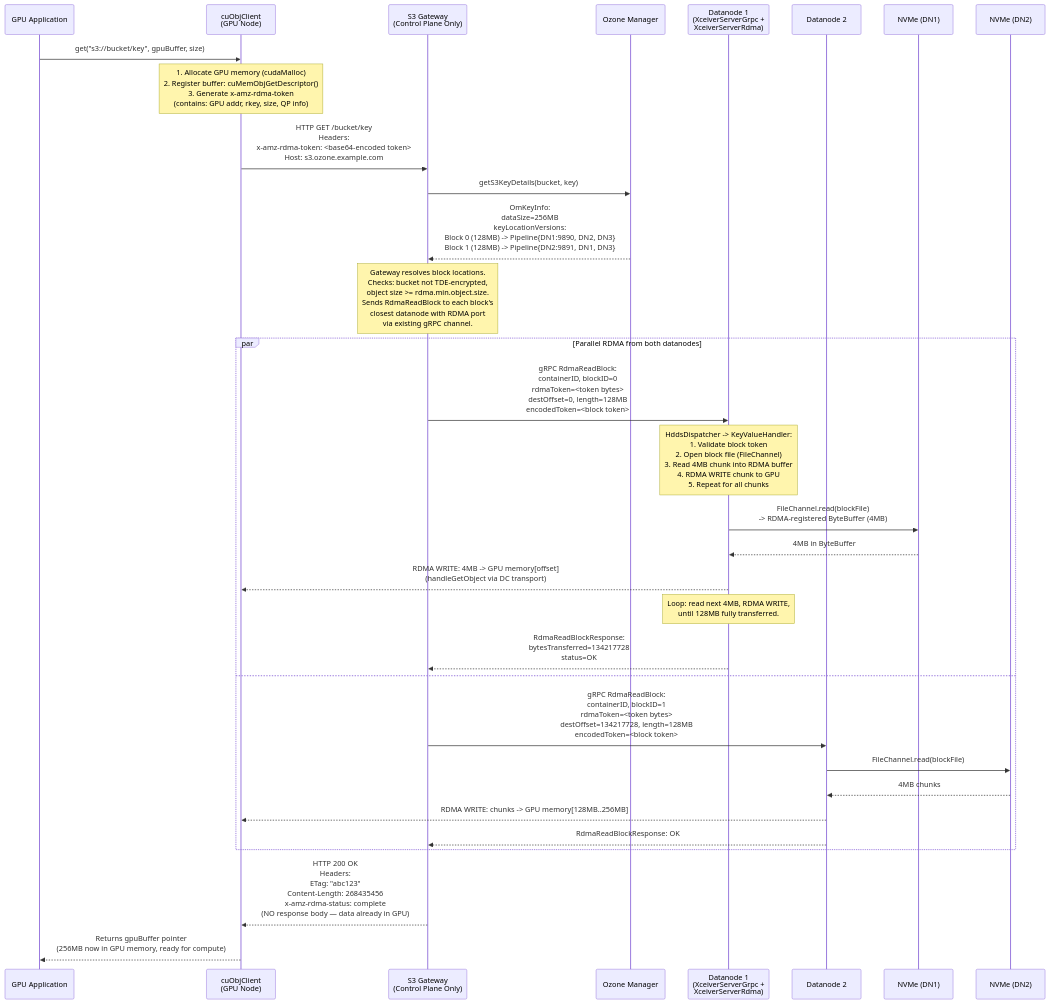
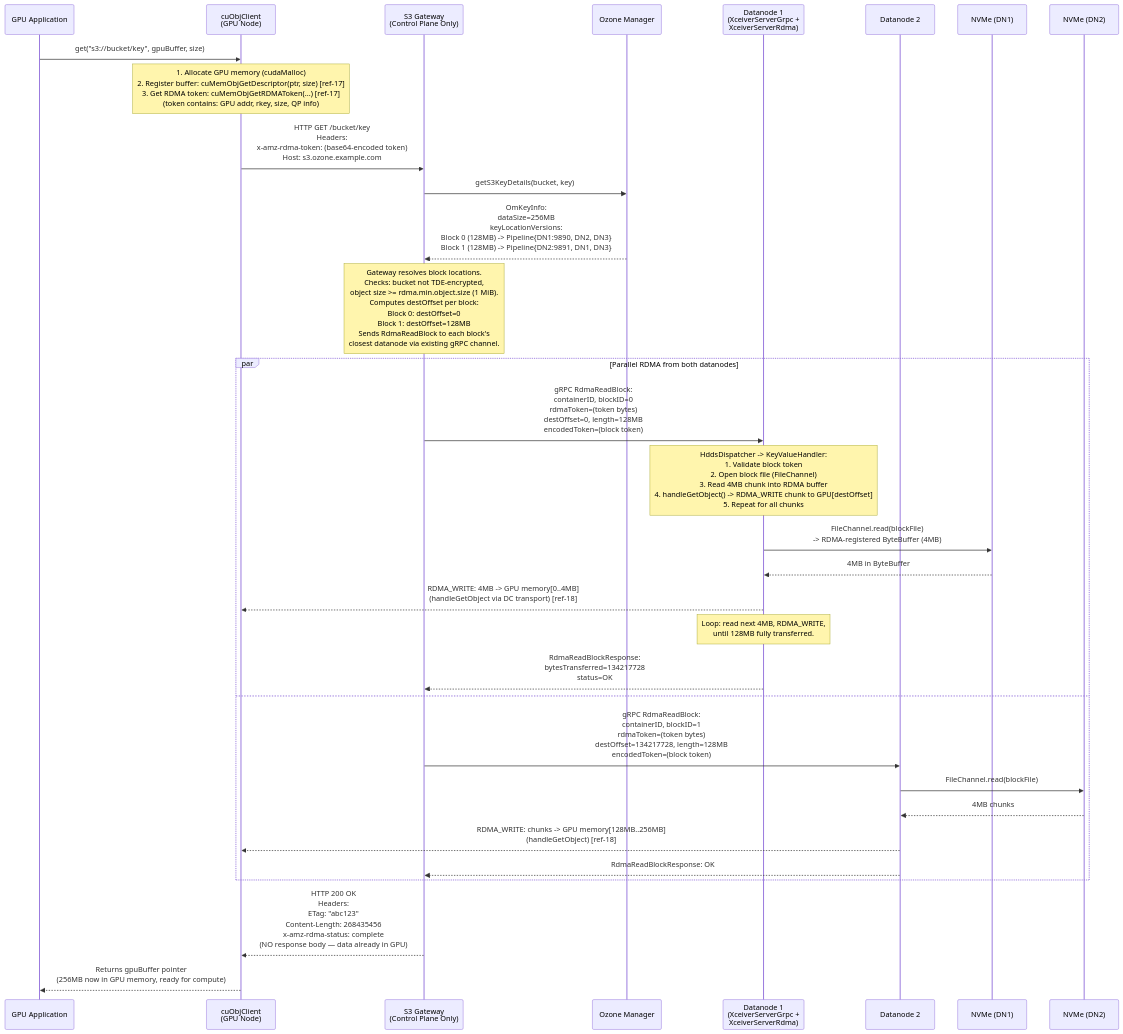
Before and after one commit to ptlrs/ozone: the fourth of 17 diagrams in docs/gds-dn-direct-rdma-implementation-spec.md, drawn with Mermaid. The commit also changed other lines of this file, not shown here.

Commit message:
GPUDIRECT. Update GPUDirect Storage spec to version 3.0 with phased S3 GET RDMA integration details

````diff
--- a/docs/gds-dn-direct-rdma-implementation-spec.md
+++ b/docs/gds-dn-direct-rdma-implementation-spec.md
@@ -259,36 +300,40 @@
 ```mermaid
 sequenceDiagram
   participant App as GPU Application
   participant cuObj as cuObjClient<br/>(GPU Node)
   participant GW as S3 Gateway<br/>(Control Plane Only)
   participant OM as Ozone Manager
   participant DN1 as Datanode 1<br/>(XceiverServerGrpc +<br/>XceiverServerRdma)
   participant DN2 as Datanode 2
   participant Disk1 as NVMe (DN1)
   participant Disk2 as NVMe (DN2)
+
   App ->> cuObj: get("s3://bucket/key", gpuBuffer, size)
-  Note over cuObj: 1. Allocate GPU memory (cudaMalloc)<br/>2. Register buffer: cuMemObjGetDescriptor()<br/>3. Generate x-amz-rdma-token<br/>(contains: GPU addr, rkey, size, QP info)
-  cuObj ->> GW: HTTP GET /bucket/key<br/>Headers:<br/> x-amz-rdma-token: <base64-encoded token><br/> Host: s3.ozone.example.com
+  Note over cuObj: 1. Allocate GPU memory (cudaMalloc)<br/>2. Register buffer: cuMemObjGetDescriptor(ptr, size) [ref-17]<br/>3. Get RDMA token: cuMemObjGetRDMAToken(...) [ref-17]<br/>(token contains: GPU addr, rkey, size, QP info)
+
+  cuObj ->> GW: HTTP GET /bucket/key<br/>Headers:<br/> x-amz-rdma-token: (base64-encoded token)<br/> Host: s3.ozone.example.com
+
   GW ->> OM: getS3KeyDetails(bucket, key)
   OM -->> GW: OmKeyInfo:<br/> dataSize=256MB<br/> keyLocationVersions:<br/> Block 0 (128MB) -> Pipeline{DN1:9890, DN2, DN3}<br/> Block 1 (128MB) -> Pipeline{DN2:9891, DN1, DN3}
-  Note over GW: Gateway resolves block locations.<br/>Checks: bucket not TDE-encrypted,<br/>object size >= rdma.min.object.size.<br/>Sends RdmaReadBlock to each block's<br/>closest datanode with RDMA port<br/>via existing gRPC channel.
+
+  Note over GW: Gateway resolves block locations.<br/>Checks: bucket not TDE-encrypted,<br/>object size >= rdma.min.object.size (1 MiB).<br/>Computes destOffset per block:<br/> Block 0: destOffset=0<br/> Block 1: destOffset=128MB<br/>Sends RdmaReadBlock to each block's<br/>closest datanode via existing gRPC channel.
 
   par Parallel RDMA from both datanodes
-    GW ->> DN1: gRPC RdmaReadBlock:<br/> containerID, blockID=0<br/> rdmaToken=<token bytes><br/> destOffset=0, length=128MB<br/> encodedToken=<block token>
-    Note over DN1: HddsDispatcher -> KeyValueHandler:<br/>1. Validate block token<br/>2. Open block file (FileChannel)<br/>3. Read 4MB chunk into RDMA buffer<br/>4. RDMA WRITE chunk to GPU<br/>5. Repeat for all chunks
+    GW ->> DN1: gRPC RdmaReadBlock:<br/> containerID, blockID=0<br/> rdmaToken=(token bytes)<br/> destOffset=0, length=128MB<br/> encodedToken=(block token)
+    Note over DN1: HddsDispatcher -> KeyValueHandler:<br/>1. Validate block token<br/>2. Open block file (FileChannel)<br/>3. Read 4MB chunk into RDMA buffer<br/>4. handleGetObject() -> RDMA_WRITE chunk to GPU[destOffset]<br/>5. Repeat for all chunks
     DN1 ->> Disk1: FileChannel.read(blockFile)<br/>-> RDMA-registered ByteBuffer (4MB)
     Disk1 -->> DN1: 4MB in ByteBuffer
-    DN1 -->> cuObj: RDMA WRITE: 4MB -> GPU memory[offset]<br/>(handleGetObject via DC transport)
-    Note over DN1: Loop: read next 4MB, RDMA WRITE,<br/>until 128MB fully transferred.
+    DN1 -->> cuObj: RDMA_WRITE: 4MB -> GPU memory[0..4MB]<br/>(handleGetObject via DC transport) [ref-18]
+    Note over DN1: Loop: read next 4MB, RDMA_WRITE,<br/>until 128MB fully transferred.
     DN1 -->> GW: RdmaReadBlockResponse:<br/> bytesTransferred=134217728<br/> status=OK
   and
-    GW ->> DN2: gRPC RdmaReadBlock:<br/> containerID, blockID=1<br/> rdmaToken=<token bytes><br/> destOffset=134217728, length=128MB<br/> encodedToken=<block token>
+    GW ->> DN2: gRPC RdmaReadBlock:<br/> containerID, blockID=1<br/> rdmaToken=(token bytes)<br/> destOffset=134217728, length=128MB<br/> encodedToken=(block token)
     DN2 ->> Disk2: FileChannel.read(blockFile)
     Disk2 -->> DN2: 4MB chunks
-    DN2 -->> cuObj: RDMA WRITE: chunks -> GPU memory[128MB..256MB]
+    DN2 -->> cuObj: RDMA_WRITE: chunks -> GPU memory[128MB..256MB]<br/>(handleGetObject) [ref-18]
     DN2 -->> GW: RdmaReadBlockResponse: OK
   end
 
   GW -->> cuObj: HTTP 200 OK<br/>Headers:<br/> ETag: "abc123"<br/> Content-Length: 268435456<br/> x-amz-rdma-status: complete<br/>(NO response body — data already in GPU)
   cuObj -->> App: Returns gpuBuffer pointer<br/>(256MB now in GPU memory, ready for compute)
 ```
````
